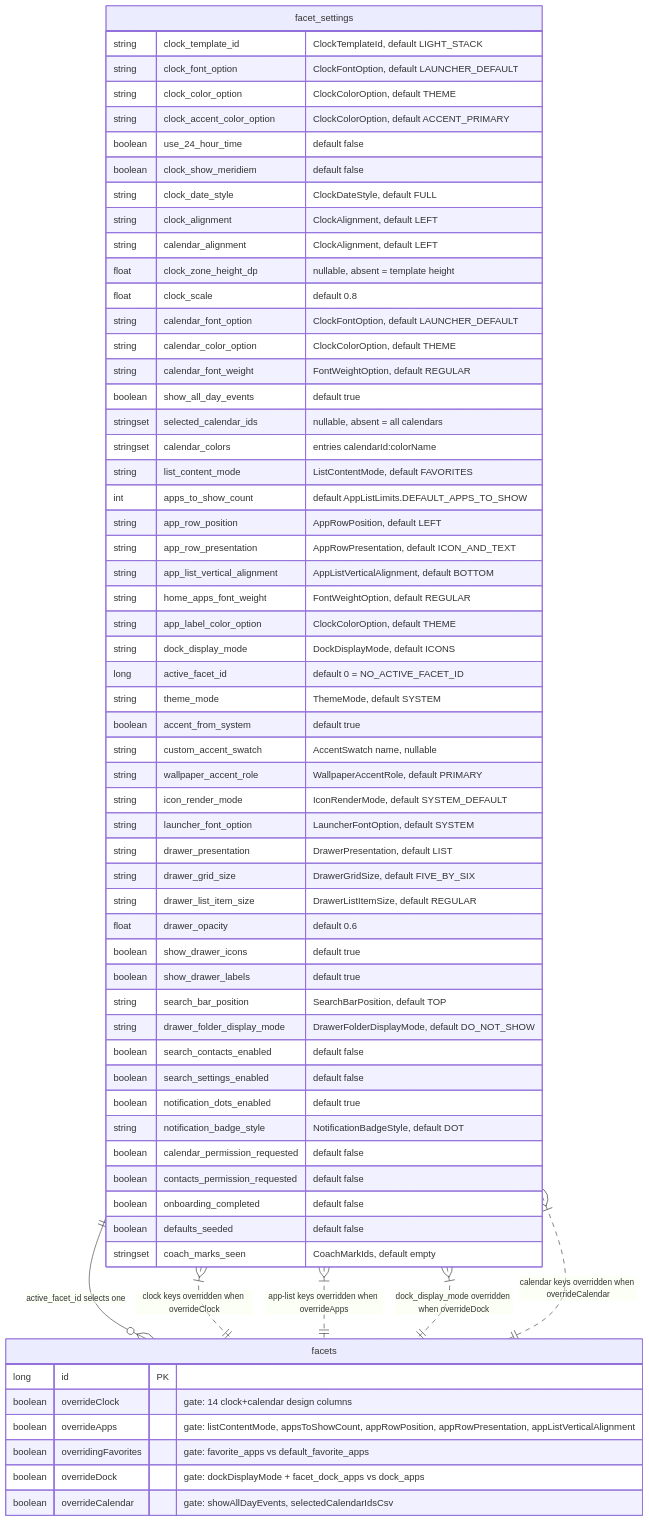
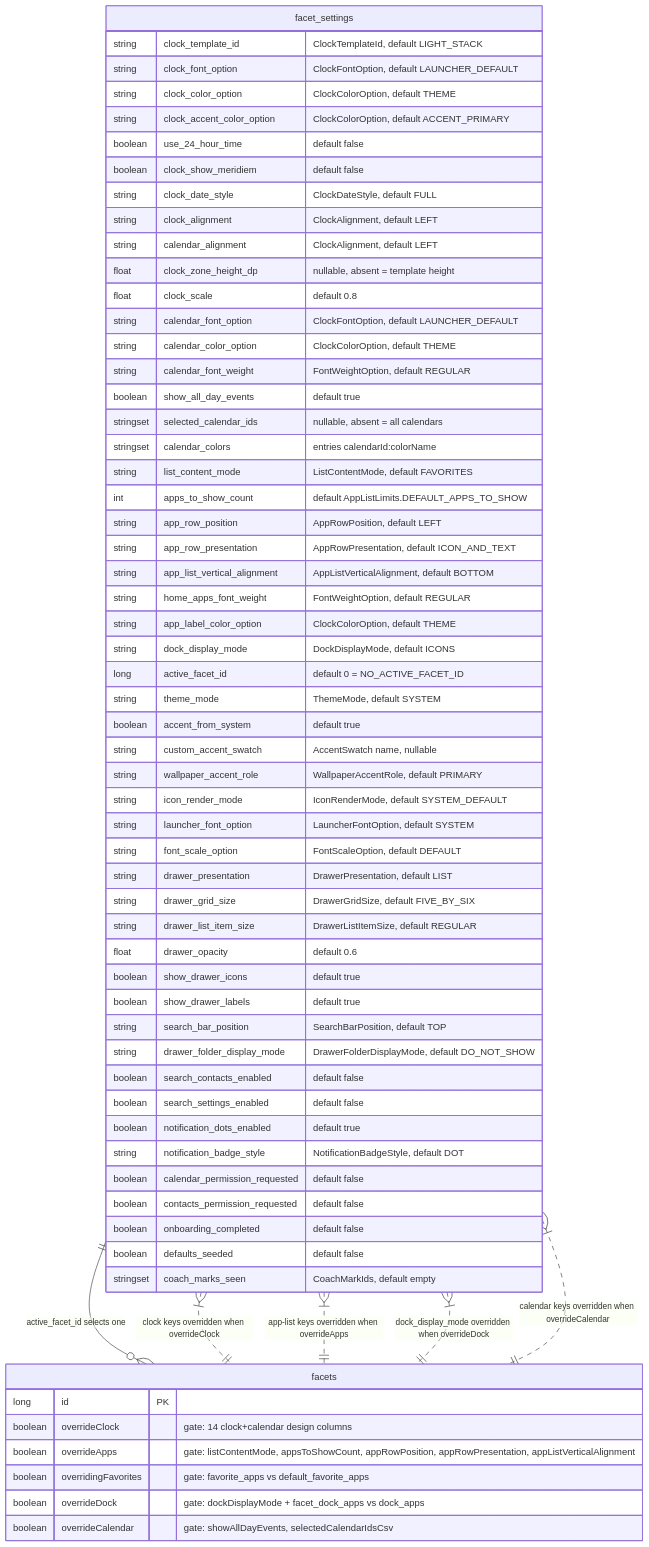
One commit to rohitganjam/facet-launcher changed the third of 3 diagrams in docs/architecture/02-persistence-room.md. Above: the diagram before and after it, drawn with Mermaid. The commit also changed other lines of this file and 18 other files, not shown here.

First line of the commit message:
Add app-wide font size control (FontScaleOption)

````diff
--- a/docs/architecture/02-persistence-room.md
+++ b/docs/architecture/02-persistence-room.md
@@ -350,69 +350,70 @@
 ```mermaid
 erDiagram
     facet_settings {
         string clock_template_id "ClockTemplateId, default LIGHT_STACK"
         string clock_font_option "ClockFontOption, default LAUNCHER_DEFAULT"
         string clock_color_option "ClockColorOption, default THEME"
         string clock_accent_color_option "ClockColorOption, default ACCENT_PRIMARY"
         boolean use_24_hour_time "default false"
         boolean clock_show_meridiem "default false"
         string clock_date_style "ClockDateStyle, default FULL"
         string clock_alignment "ClockAlignment, default LEFT"
         string calendar_alignment "ClockAlignment, default LEFT"
         float clock_zone_height_dp "nullable, absent = template height"
         float clock_scale "default 0.8"
         string calendar_font_option "ClockFontOption, default LAUNCHER_DEFAULT"
         string calendar_color_option "ClockColorOption, default THEME"
         string calendar_font_weight "FontWeightOption, default REGULAR"
         boolean show_all_day_events "default true"
         stringset selected_calendar_ids "nullable, absent = all calendars"
         stringset calendar_colors "entries calendarId:colorName"
         string list_content_mode "ListContentMode, default FAVORITES"
         int apps_to_show_count "default AppListLimits.DEFAULT_APPS_TO_SHOW"
         string app_row_position "AppRowPosition, default LEFT"
         string app_row_presentation "AppRowPresentation, default ICON_AND_TEXT"
         string app_list_vertical_alignment "AppListVerticalAlignment, default BOTTOM"
         string home_apps_font_weight "FontWeightOption, default REGULAR"
         string app_label_color_option "ClockColorOption, default THEME"
         string dock_display_mode "DockDisplayMode, default ICONS"
         long active_facet_id "default 0 = NO_ACTIVE_FACET_ID"
         string theme_mode "ThemeMode, default SYSTEM"
         boolean accent_from_system "default true"
         string custom_accent_swatch "AccentSwatch name, nullable"
         string wallpaper_accent_role "WallpaperAccentRole, default PRIMARY"
         string icon_render_mode "IconRenderMode, default SYSTEM_DEFAULT"
         string launcher_font_option "LauncherFontOption, default SYSTEM"
+        string font_scale_option "FontScaleOption, default DEFAULT"
         string drawer_presentation "DrawerPresentation, default LIST"
         string drawer_grid_size "DrawerGridSize, default FIVE_BY_SIX"
         string drawer_list_item_size "DrawerListItemSize, default REGULAR"
         float drawer_opacity "default 0.6"
         boolean show_drawer_icons "default true"
         boolean show_drawer_labels "default true"
         string search_bar_position "SearchBarPosition, default TOP"
         string drawer_folder_display_mode "DrawerFolderDisplayMode, default DO_NOT_SHOW"
         boolean search_contacts_enabled "default false"
         boolean search_settings_enabled "default false"
         boolean notification_dots_enabled "default true"
         string notification_badge_style "NotificationBadgeStyle, default DOT"
         boolean calendar_permission_requested "default false"
         boolean contacts_permission_requested "default false"
         boolean onboarding_completed "default false"
         boolean defaults_seeded "default false"
         stringset coach_marks_seen "CoachMarkIds, default empty"
     }
 
     facets {
         long id PK
         boolean overrideClock "gate: 14 clock+calendar design columns"
         boolean overrideApps "gate: listContentMode, appsToShowCount, appRowPosition, appRowPresentation, appListVerticalAlignment"
         boolean overridingFavorites "gate: favorite_apps vs default_favorite_apps"
         boolean overrideDock "gate: dockDisplayMode + facet_dock_apps vs dock_apps"
         boolean overrideCalendar "gate: showAllDayEvents, selectedCalendarIdsCsv"
     }
 
     facet_settings ||--o{ facets : "active_facet_id selects one"
     facet_settings }|..|| facets : "clock keys overridden when overrideClock"
     facet_settings }|..|| facets : "app-list keys overridden when overrideApps"
     facet_settings }|..|| facets : "dock_display_mode overridden when overrideDock"
     facet_settings }|..|| facets : "calendar keys overridden when overrideCalendar"
 ```
````
